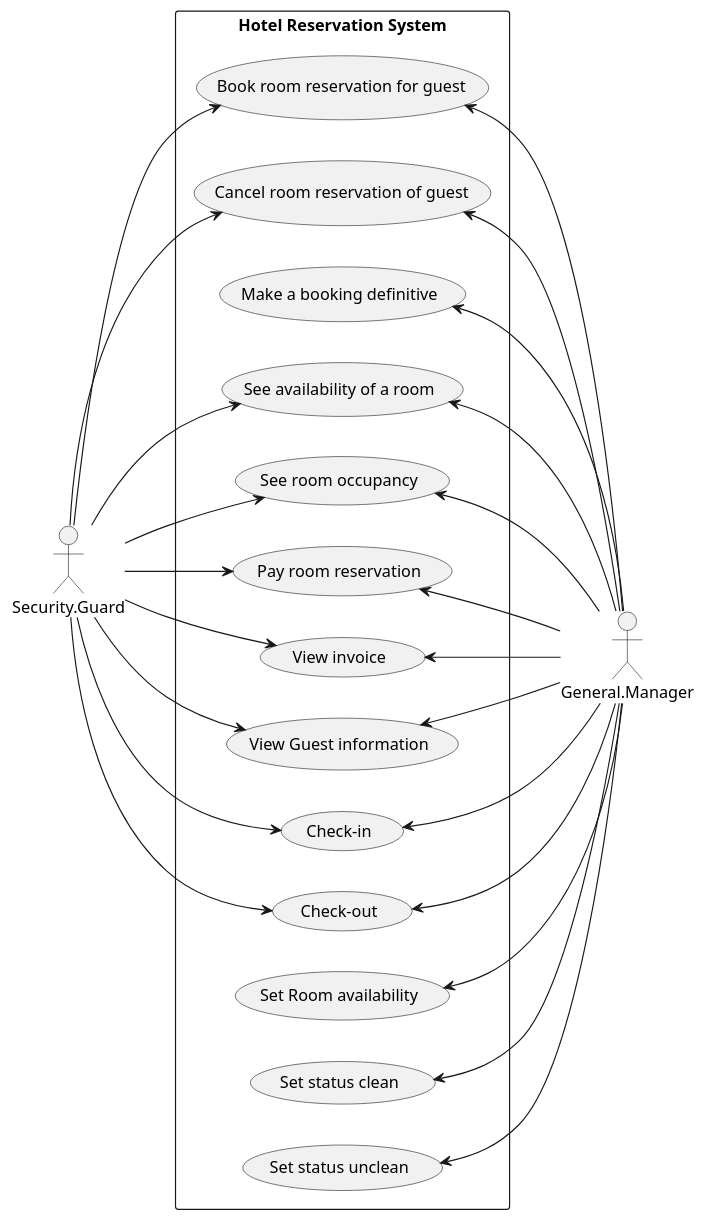
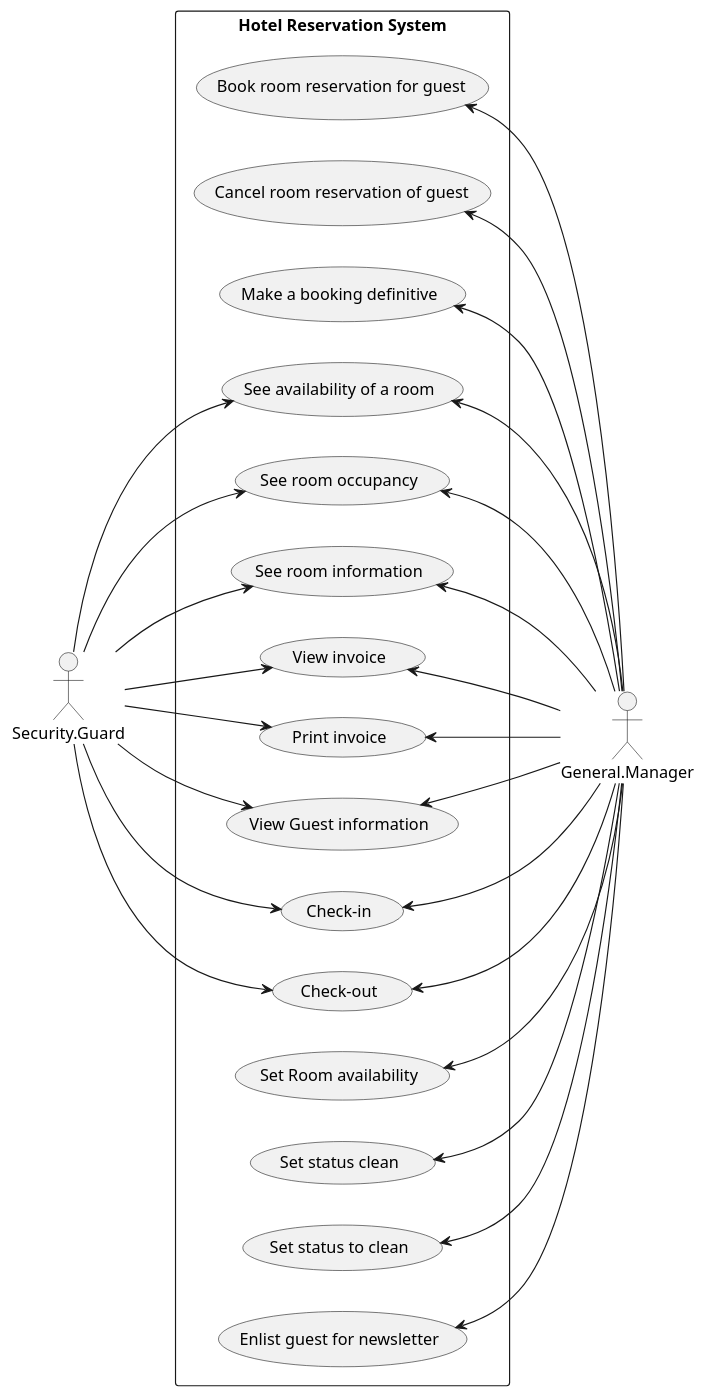
One commit to mrjink/molveno changed the diagram in src/main/docs/uml/use-case/hotel/GMndSM.puml. Above: the diagram before and after it, drawn with PlantUML. The commit also changed 1 other file, not shown here.

```diff
--- a/src/main/docs/uml/use-case/hotel/GMndSM.puml
+++ b/src/main/docs/uml/use-case/hotel/GMndSM.puml
@@ -1,51 +1,54 @@
 @startuml
 
 left to right direction
 
 actor General.Manager
 actor Security.Guard
 
 
 rectangle "Hotel Reservation System" {
     (Book room reservation for guest) as (RoomBook)
     (Cancel room reservation of guest) as (RoomCancel)
     (Make a booking definitive) as (BookingDefinite)
     (See availability of a room) as (RoomAvailable)
     (See room occupancy) as (RoomOccupancy)
-    (Pay room reservation) as (RoomPay)
+    (See room information) as (RoomInfo)
     (View invoice) as (RoomInvoice)
+    (Print invoice) as (PrintInvoice)
     (View Guest information) as (GuestInfo)
     (Check-in) as (Checkin)
     (Check-out) as (Checkout)
     (Set Room availability) as (SetRoomAvailable)
     (Set status clean) as (StatusClean)
-    (Set status unclean) as (StatusUnclean)
+    (Set status to clean) as (StatusToclean)
+    (Enlist guest for newsletter) as (NewsLetter)
 
     (RoomBook) <-- General.Manager
     (RoomCancel) <-- General.Manager
     (BookingDefinite) <-- General.Manager
     (RoomAvailable) <-- General.Manager
     (RoomOccupancy) <-- General.Manager
+    (RoomInfo) <-- General.Manager
     (RoomInvoice) <-- General.Manager
-    (RoomPay) <-- General.Manager
+    (PrintInvoice) <-- General.Manager
     (StatusClean) <-- General.Manager
-    (StatusUnclean) <-- General.Manager
+    (StatusToclean) <-- General.Manager
     (GuestInfo) <-- General.Manager
     (Checkin) <-- General.Manager
     (Checkout) <-- General.Manager
     (SetRoomAvailable) <-- General.Manager
+    (NewsLetter) <-- General.Manager
 
-     Security.Guard --> (RoomBook)
-     Security.Guard --> (RoomCancel)
      Security.Guard --> (RoomAvailable)
      Security.Guard --> (RoomOccupancy)
+     Security.Guard --> (RoomInfo)
      Security.Guard --> (RoomInvoice)
-     Security.Guard --> (RoomPay)
+     Security.Guard --> (PrintInvoice)
      Security.Guard --> (GuestInfo)
      Security.Guard --> (Checkin)
      Security.Guard --> (Checkout)
 
 
 }
 
 @enduml
```
